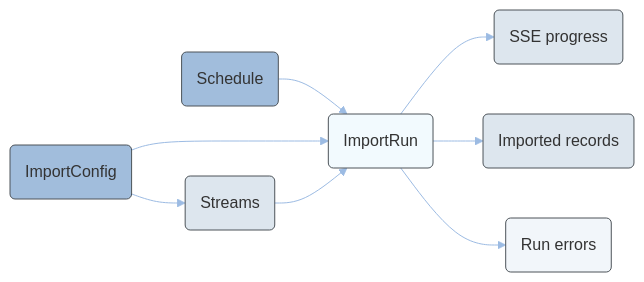
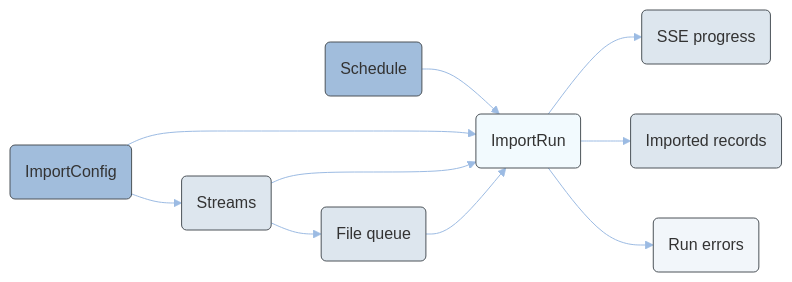
Before and after one commit to emporix/api-references: the diagram in utilities/import-service/import-service.md, drawn with Mermaid. The commit also changed other lines of this file and 3 other files, not shown here.

````diff
--- a/utilities/import-service/import-service.md
+++ b/utilities/import-service/import-service.md
@@ -34,30 +34,33 @@
 ```mermaid
 ---
 config:
   layout: fixed
   theme: base
   look: classic
   themeVariables:
     background: transparent
     lineColor: "#9CBBE3"
     arrowheadColor: "#9CBBE3"
     edgeLabelBackground: "#FFC128"
     edgeLabelTextColor: "#4C5359"
 ---
 flowchart LR
   config(ImportConfig) --> streams(Streams)
+  streams --> files(File queue)
   schedule(Schedule) --> run(ImportRun)
   config --> run
   streams --> run
+  files --> run
   run --> sse(SSE progress)
   run --> records(Imported records)
   run --> errors(Run errors)
 
   style config fill:#A1BDDC, stroke:#4C5359
   style streams fill:#DDE6EE, stroke:#4C5359
+  style files fill:#DDE6EE, stroke:#4C5359
   style schedule fill:#A1BDDC, stroke:#4C5359
   style run fill:#F2FAFE, stroke:#4C5359
   style sse fill:#DDE6EE, stroke:#4C5359
   style records fill:#DDE6EE, stroke:#4C5359
   style errors fill:#F2F6FA, stroke:#4C5359
 ```
````
